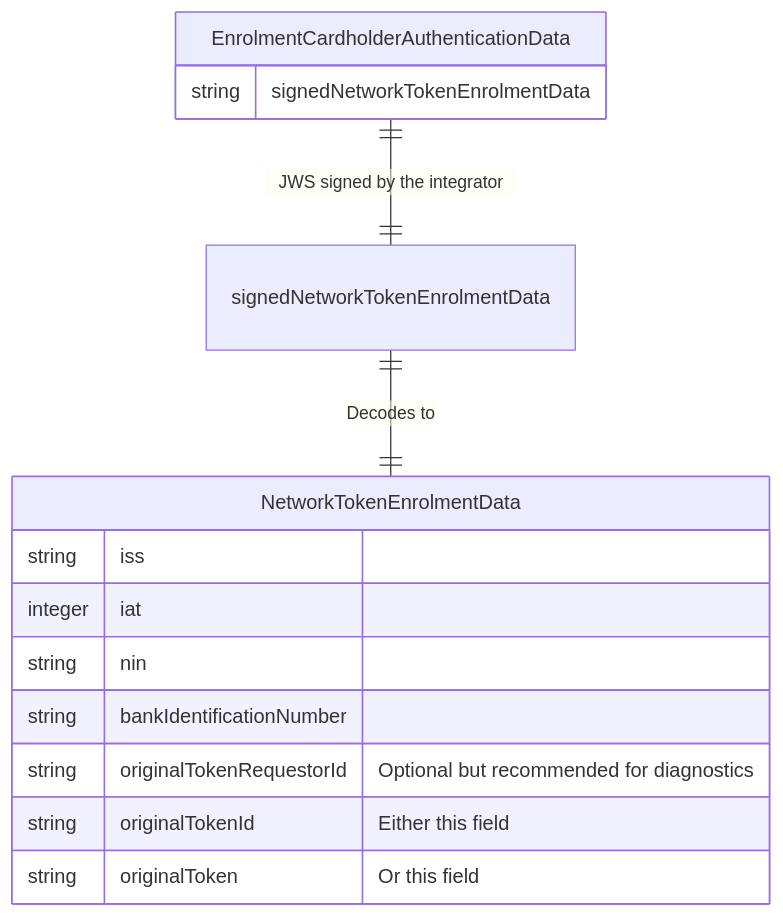
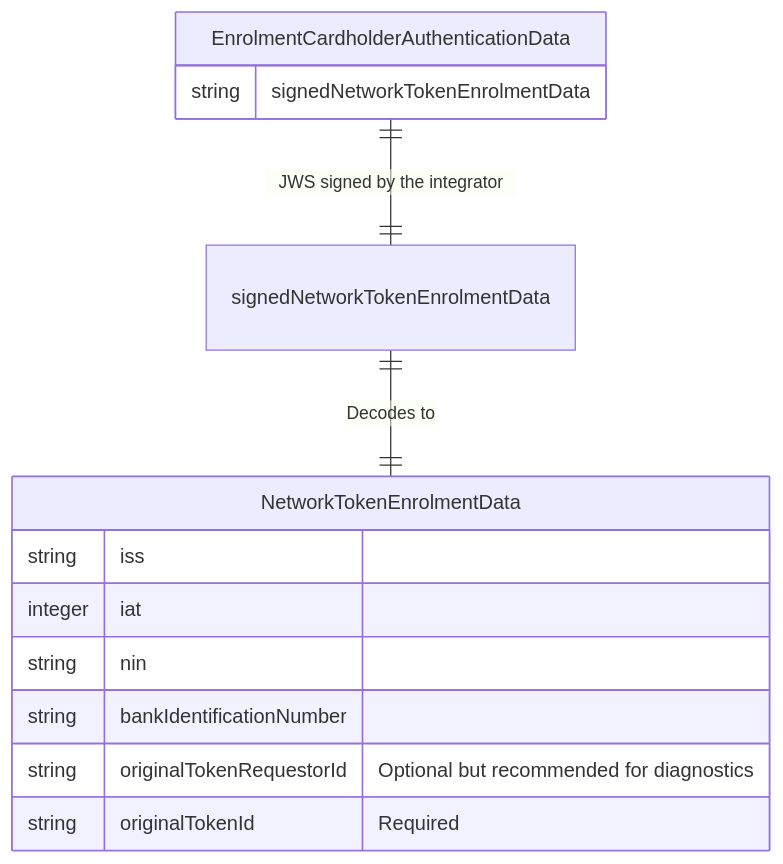
The fifth of 8 diagrams in docs/authentication_interoperability.md (BankAxept/bankaxept-epayment-development-kit), drawn with Mermaid before and after one commit. The commit also changed other lines of this file and 2 other files, not shown here.

Commit message:
fix(enrolment): require original token id (#330)

````diff
--- a/docs/authentication_interoperability.md
+++ b/docs/authentication_interoperability.md
@@ -217,17 +218,16 @@
 ```mermaid
 erDiagram
     EnrolmentCardholderAuthenticationData ||--|| signedNetworkTokenEnrolmentData: "JWS signed by the integrator"
     signedNetworkTokenEnrolmentData ||--|| NetworkTokenEnrolmentData: "Decodes to"
     EnrolmentCardholderAuthenticationData {
         string signedNetworkTokenEnrolmentData
     }
     NetworkTokenEnrolmentData {
         string iss
         integer iat
         string nin
         string bankIdentificationNumber
         string originalTokenRequestorId "Optional but recommended for diagnostics"
-        string originalTokenId "Either this field"
-        string originalToken "Or this field"
+        string originalTokenId "Required"
     }
 ```
````
